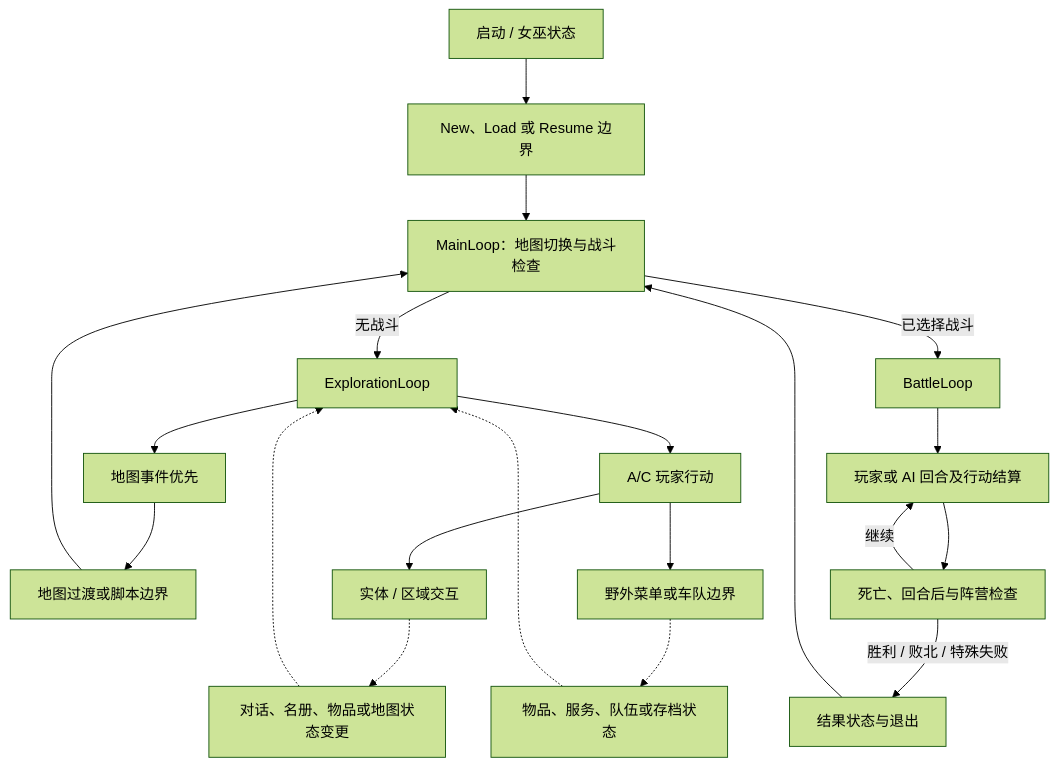
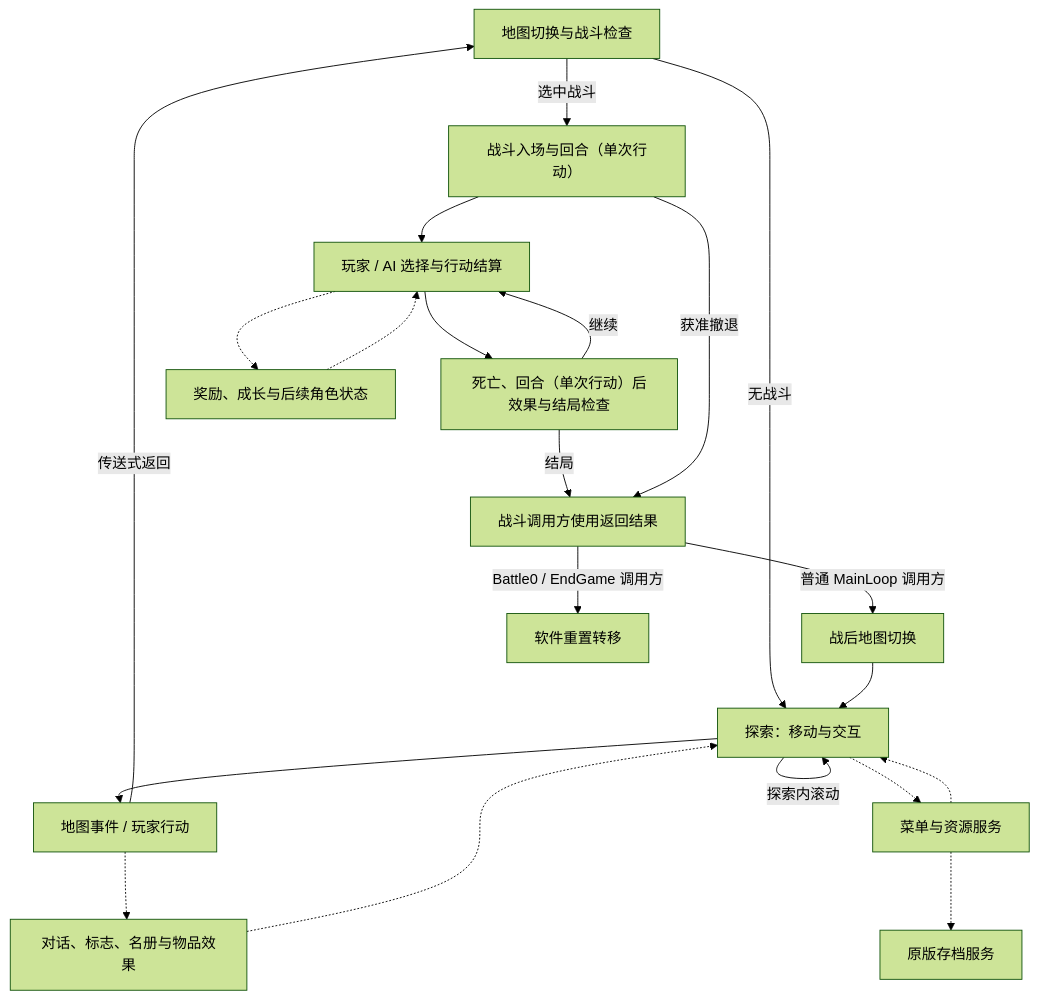
Before and after one commit to FrankHZ/md-sf2-reverse-engineering: the diagram in docs/design/zh-CN/synthesis/gameplay-overview.md, drawn with Mermaid (forest theme). The commit also changed other lines of this file and 1 other file, not shown here.

````diff
--- a/docs/design/zh-CN/synthesis/gameplay-overview.md
+++ b/docs/design/zh-CN/synthesis/gameplay-overview.md
@@ -48,22 +216,23 @@
 ```mermaid
 flowchart TD
-    A["启动 / 女巫状态"] --> B["New、Load 或 Resume 边界"]
-    B --> C["MainLoop：地图切换与战斗检查"]
-    C -->|"无战斗"| D["ExplorationLoop"]
-    C -->|"已选择战斗"| E["BattleLoop"]
-    D --> F["地图事件优先"]
-    D --> G["A/C 玩家行动"]
-    F --> H["地图过渡或脚本边界"]
-    G --> I["实体 / 区域交互"]
-    G --> J["野外菜单或车队边界"]
-    I -.-> K["对话、名册、物品或地图状态变更"]
-    J -.-> L["物品、服务、队伍或存档状态"]
-    H --> C
-    K -.-> D
-    L -.-> D
-    E --> M["玩家或 AI 回合及行动结算"]
-    M --> N["死亡、回合后与阵营检查"]
-    N -->|"继续"| M
-    N -->|"胜利 / 败北 / 特殊失败"| O["结果状态与退出"]
-    O --> C
+    Route["地图切换与战斗检查"] -->|"无战斗"| Explore["探索：移动与交互"]
+    Route -->|"选中战斗"| Battle["战斗入场与回合（单次行动）"]
+    Explore --> Event["地图事件 / 玩家行动"]
+    Event -->|"传送式返回"| Route
+    Explore -->|"探索内滚动"| Explore
+    Event -.-> Local["对话、标志、名册与物品效果"]
+    Local -.-> Explore
+    Explore -.-> Services["菜单与资源服务"]
+    Services -.-> Explore
+    Battle --> Action["玩家 / AI 选择与行动结算"]
+    Action --> Checks["死亡、回合（单次行动）后效果与结局检查"]
+    Checks -->|"继续"| Action
+    Checks -->|"结局"| Caller["战斗调用方使用返回结果"]
+    Battle -->|"获准撤退"| Caller
+    Caller -->|"普通 MainLoop 调用方"| ReturnMap["战后地图切换"]
+    ReturnMap --> Explore
+    Caller -->|"Battle0 / EndGame 调用方"| Reset["软件重置转移"]
+    Action -.-> Growth["奖励、成长与后续角色状态"]
+    Growth -.-> Action
+    Services -.-> Save["原版存档服务"]
 ```
````
